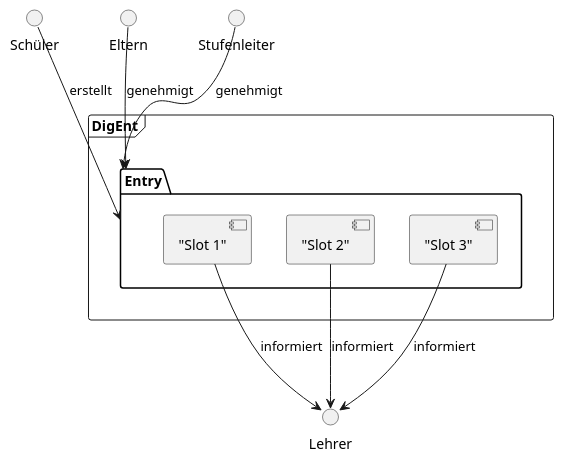
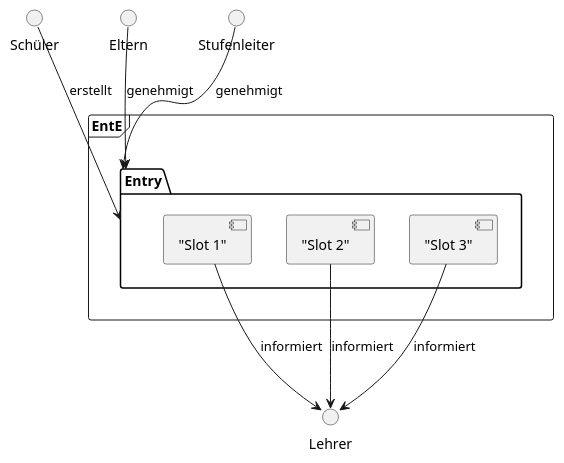
Before and after one commit to Skn0tt/EntE: the diagram in resources/Paper/Use.plantuml, drawn with PlantUML. The commit also changed 1 other file, not shown here.

Commit message:
Add Note to Activity Diagram

```diff
--- a/resources/Paper/Use.plantuml
+++ b/resources/Paper/Use.plantuml
@@ -1,21 +1,21 @@
 @startuml Use
 skinparam componentStyle uml2
 
-frame "DigEnt" {
+frame "EntE" {
   folder "Entry" {
     ["Slot 1"] as S1
     ["Slot 2"] as S2
     ["Slot 3"] as S3
   }
 }
 
 
 Schüler --> Entry : "erstellt"
 Eltern --> Entry : "genehmigt"
 Stufenleiter --> Entry : "genehmigt"
 
 S1 --> Lehrer : "informiert"
 S2 --> Lehrer : "informiert"
 S3 --> Lehrer : "informiert"
 
 @enduml
```
